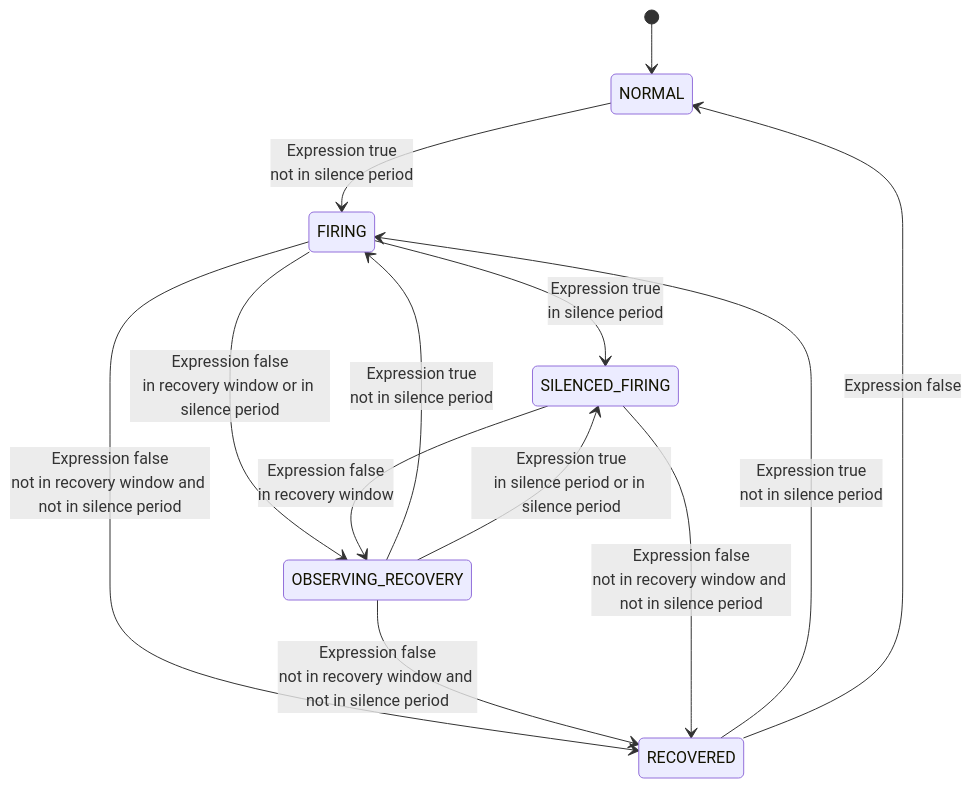
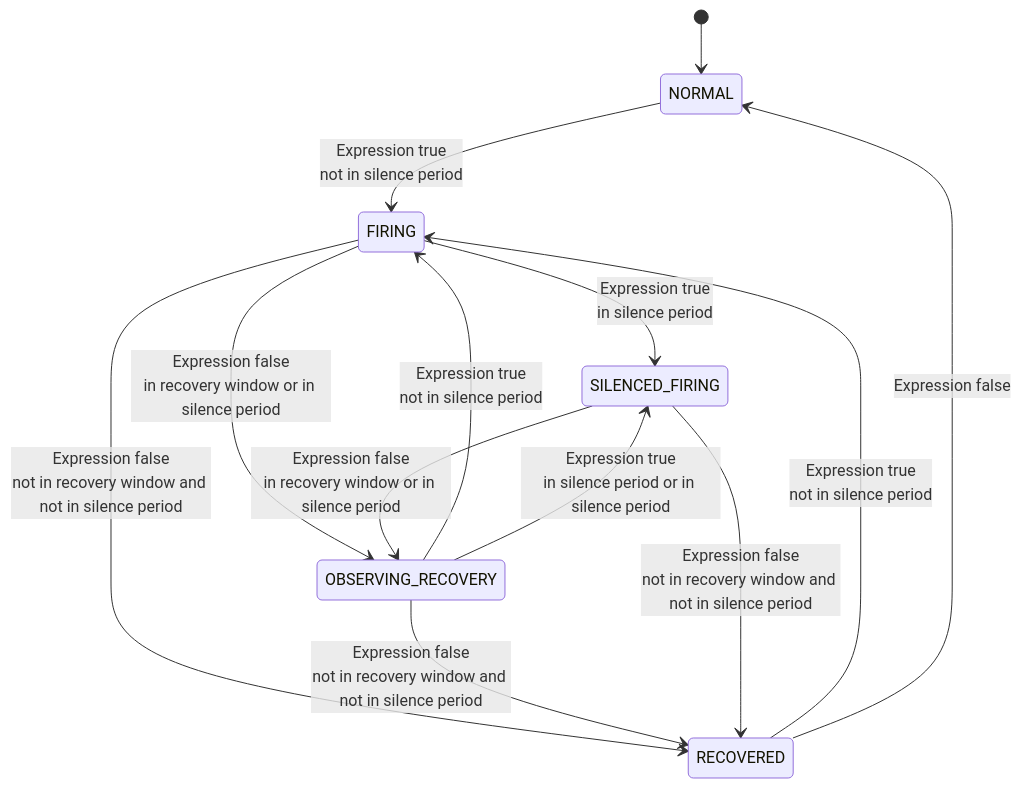
One commit to apache/skywalking changed the diagram in docs/en/setup/backend/backend-alarm.md. Above: the diagram before and after it, drawn with Mermaid.

````diff
--- a/docs/en/setup/backend/backend-alarm.md
+++ b/docs/en/setup/backend/backend-alarm.md
@@ -522,19 +522,19 @@
 ```mermaid
 stateDiagram-v2
     [*] --> NORMAL
     NORMAL --> FIRING: Expression true<br/>not in silence period
     
     FIRING --> SILENCED_FIRING: Expression true<br/>in silence period
     FIRING --> OBSERVING_RECOVERY: Expression false<br/>in recovery window or in silence period
     FIRING --> RECOVERED: Expression false<br/>not in recovery window and not in silence period
   
     OBSERVING_RECOVERY --> FIRING: Expression true<br/>not in silence period
     OBSERVING_RECOVERY --> SILENCED_FIRING: Expression true<br/>in silence period or in silence period
     OBSERVING_RECOVERY --> RECOVERED: Expression false<br/>not in recovery window and not in silence period
 
     SILENCED_FIRING --> RECOVERED: Expression false<br/>not in recovery window and not in silence period
-    SILENCED_FIRING --> OBSERVING_RECOVERY: Expression false<br/>in recovery window
+    SILENCED_FIRING --> OBSERVING_RECOVERY: Expression false<br/>in recovery window or in silence period
 
     RECOVERED --> FIRING: Expression true<br/>not in silence period
     RECOVERED --> NORMAL: Expression false
 ```
````
